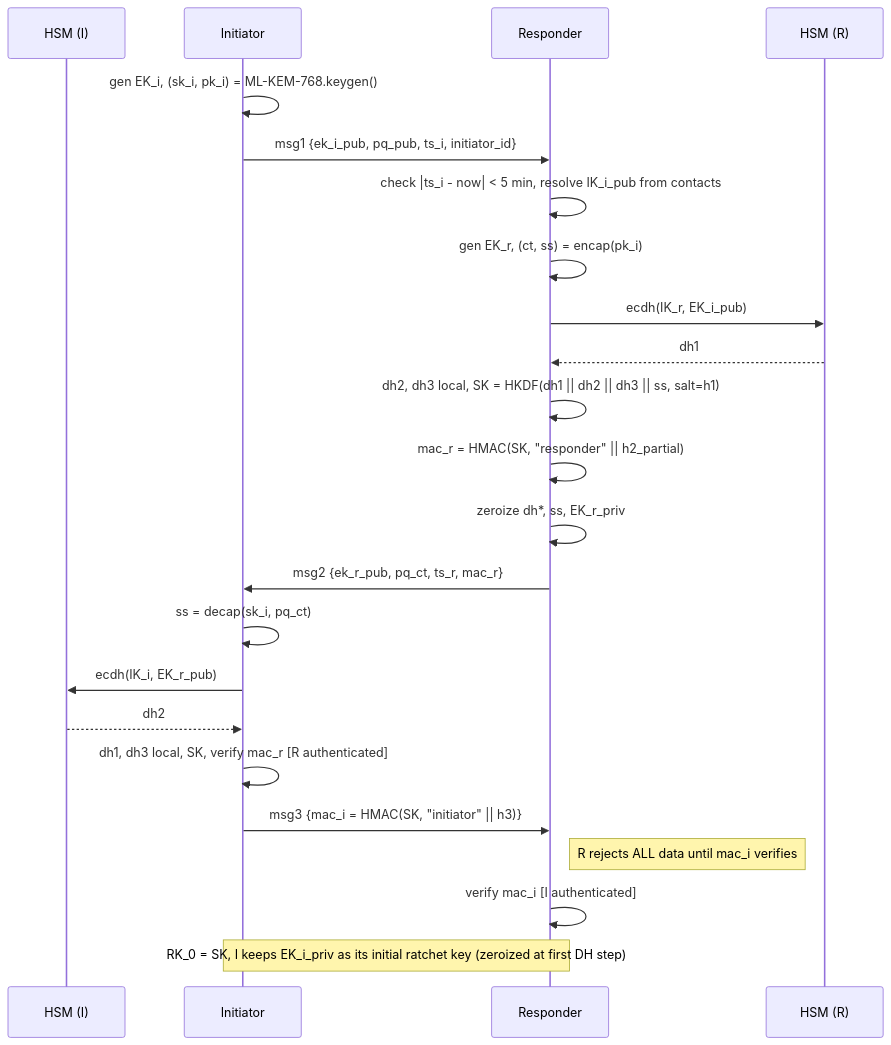
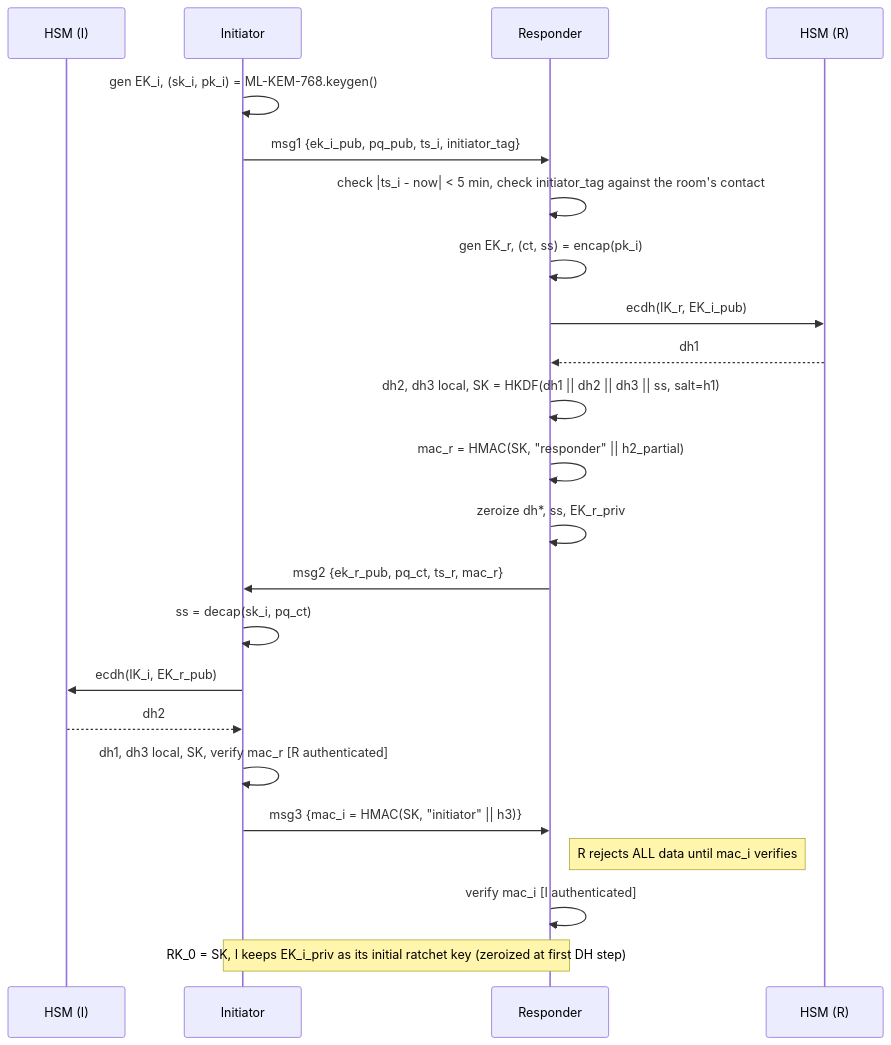
The second of 6 diagrams in docs/PROTOCOL.md (encedo/encedo-chat), drawn with Mermaid before and after one commit. The commit also changed other lines of this file and 12 other files, not shown here.

````diff
--- a/docs/PROTOCOL.md
+++ b/docs/PROTOCOL.md
@@ -1015,26 +1025,26 @@
 ```mermaid
 sequenceDiagram
     participant HI as HSM (I)
     participant I as Initiator
     participant R as Responder
     participant HR as HSM (R)
 
     I->>I: gen EK_i, (sk_i, pk_i) = ML-KEM-768.keygen()
-    I->>R: msg1 {ek_i_pub, pq_pub, ts_i, initiator_id}
-    R->>R: check |ts_i - now| < 5 min, resolve IK_i_pub from contacts
+    I->>R: msg1 {ek_i_pub, pq_pub, ts_i, initiator_tag}
+    R->>R: check |ts_i - now| < 5 min, check initiator_tag against the room's contact
     R->>R: gen EK_r, (ct, ss) = encap(pk_i)
     R->>HR: ecdh(IK_r, EK_i_pub)
     HR-->>R: dh1
     R->>R: dh2, dh3 local, SK = HKDF(dh1 || dh2 || dh3 || ss, salt=h1)
     R->>R: mac_r = HMAC(SK, "responder" || h2_partial)
     R->>R: zeroize dh*, ss, EK_r_priv
     R->>I: msg2 {ek_r_pub, pq_ct, ts_r, mac_r}
     I->>I: ss = decap(sk_i, pq_ct)
     I->>HI: ecdh(IK_i, EK_r_pub)
     HI-->>I: dh2
     I->>I: dh1, dh3 local, SK, verify mac_r [R authenticated]
     I->>R: msg3 {mac_i = HMAC(SK, "initiator" || h3)}
     Note right of R: R rejects ALL data until mac_i verifies
     R->>R: verify mac_i [I authenticated]
     Note over I,R: RK_0 = SK, I keeps EK_i_priv as its initial ratchet key (zeroized at first DH step)
 ```
````
